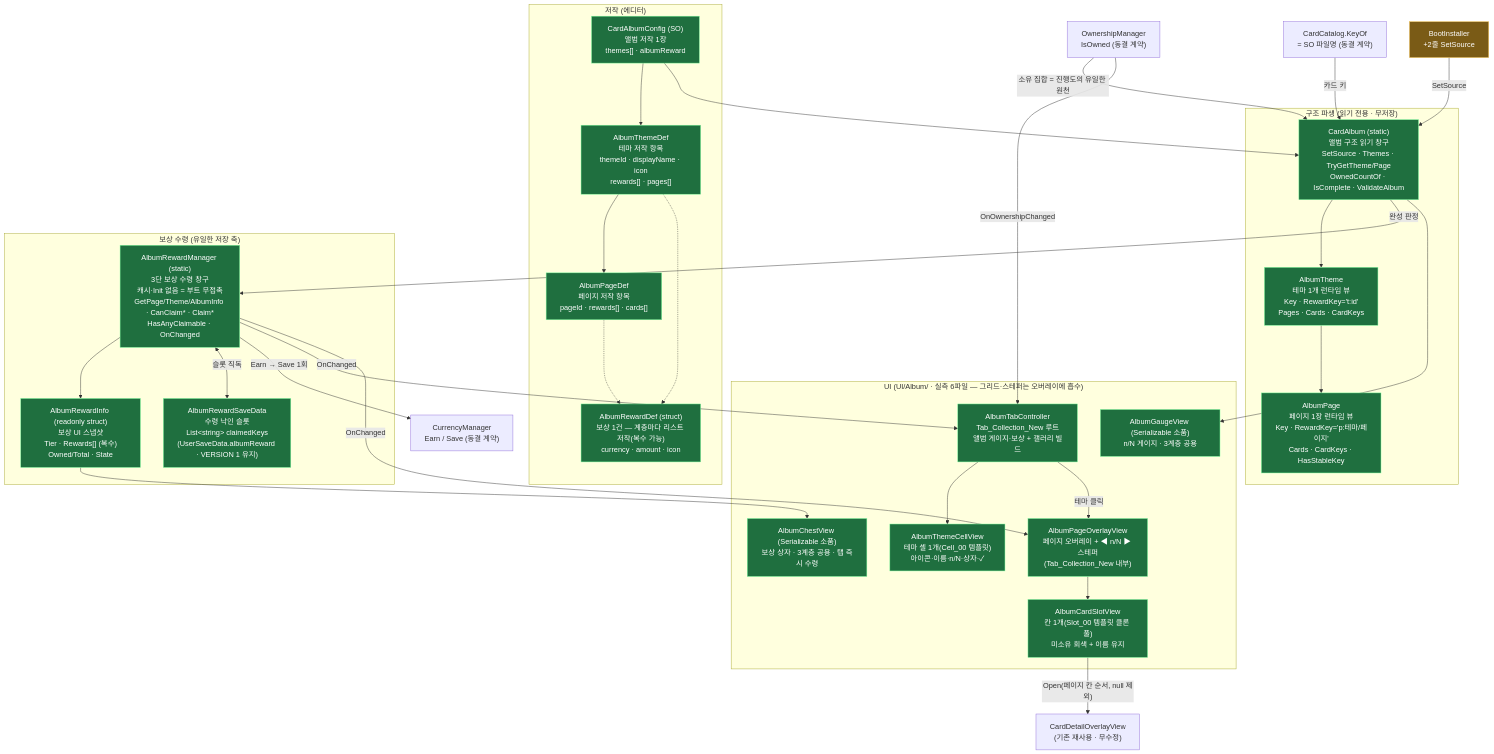
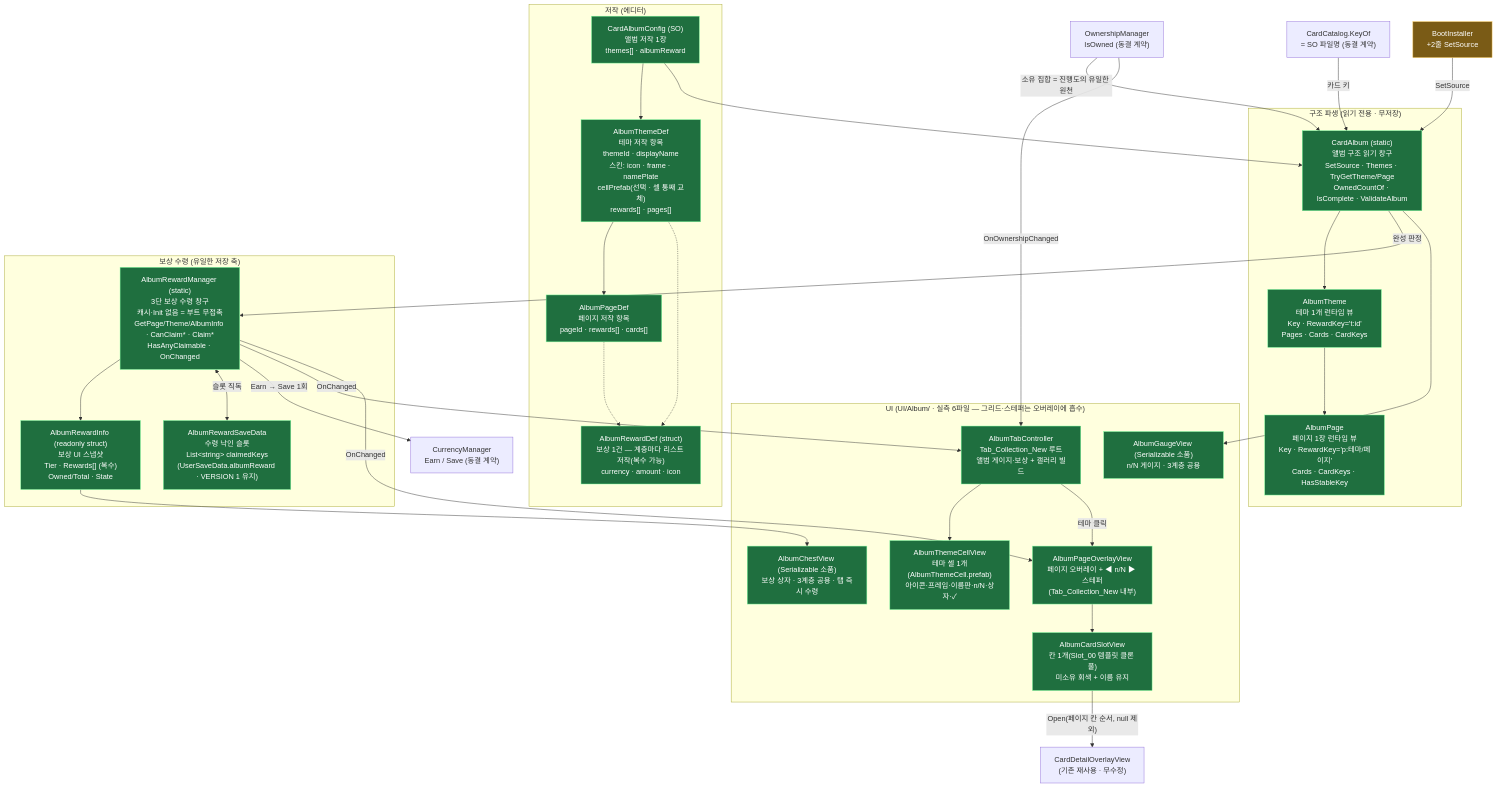
One commit to hspark-maker/TeamfightTCG_Migriation changed diagram 19 of 19 in docs/OutGamePlan/STRUCTURE.md. Above: the diagram before and after it, drawn with Mermaid. The commit also changed other lines of this file and 18 other files, not shown here.

````diff
--- a/docs/OutGamePlan/STRUCTURE.md
+++ b/docs/OutGamePlan/STRUCTURE.md
@@ -930,57 +957,57 @@
 ```mermaid
 flowchart TD
     subgraph AUTH["저작 (에디터)"]
         CFG["CardAlbumConfig (SO)<br/>앨범 저작 1장<br/>themes[] · albumReward"]:::new
-        TDEF["AlbumThemeDef<br/>테마 저작 항목<br/>themeId · displayName · icon<br/>rewards[] · pages[]"]:::new
+        TDEF["AlbumThemeDef<br/>테마 저작 항목<br/>themeId · displayName<br/>스킨: icon · frame · namePlate<br/>cellPrefab(선택 · 셀 통째 교체)<br/>rewards[] · pages[]"]:::new
         PDEF["AlbumPageDef<br/>페이지 저작 항목<br/>pageId · rewards[] · cards[]"]:::new
         RDEF["AlbumRewardDef (struct)<br/>보상 1건 — 계층마다 리스트 저작(복수 가능)<br/>currency · amount · icon"]:::new
     end
     subgraph DERIVE["구조 파생 (읽기 전용 · 무저장)"]
         BOOK["CardAlbum (static)<br/>앨범 구조 읽기 창구<br/>SetSource · Themes · TryGetTheme/Page<br/>OwnedCountOf · IsComplete · ValidateAlbum"]:::new
         THEME["AlbumTheme<br/>테마 1개 런타임 뷰<br/>Key · RewardKey='t:id'<br/>Pages · Cards · CardKeys"]:::new
         PAGE["AlbumPage<br/>페이지 1장 런타임 뷰<br/>Key · RewardKey='p:테마/페이지'<br/>Cards · CardKeys · HasStableKey"]:::new
     end
     subgraph CLAIM["보상 수령 (유일한 저장 축)"]
         RMGR["AlbumRewardManager (static)<br/>3단 보상 수령 창구<br/>캐시·Init 없음 = 부트 무접촉<br/>GetPage/Theme/AlbumInfo · CanClaim* · Claim*<br/>HasAnyClaimable · OnChanged"]:::new
         RINFO["AlbumRewardInfo (readonly struct)<br/>보상 UI 스냅샷<br/>Tier · Rewards[] (복수)<br/>Owned/Total · State"]:::new
         SAVE["AlbumRewardSaveData<br/>수령 낙인 슬롯<br/>List&lt;string&gt; claimedKeys<br/>(UserSaveData.albumReward · VERSION 1 유지)"]:::new
     end
     subgraph UI["UI (UI/Album/ · 실측 6파일 — 그리드·스테퍼는 오버레이에 흡수)"]
         TAB["AlbumTabController<br/>Tab_Collection_New 루트<br/>앨범 게이지·보상 + 갤러리 빌드"]:::new
-        TBTN["AlbumThemeCellView<br/>테마 셀 1개(Cell_00 템플릿)<br/>아이콘·이름·n/N·상자·✓"]:::new
+        TBTN["AlbumThemeCellView<br/>테마 셀 1개(AlbumThemeCell.prefab)<br/>아이콘·프레임·이름판·n/N·상자·✓"]:::new
         PANEL["AlbumPageOverlayView<br/>페이지 오버레이 + ◀ n/N ▶ 스테퍼<br/>(Tab_Collection_New 내부)"]:::new
         SLOT["AlbumCardSlotView<br/>칸 1개(Slot_00 템플릿 클론 풀)<br/>미소유 회색 + 이름 유지"]:::new
         BOX["AlbumChestView (Serializable 소품)<br/>보상 상자 · 3계층 공용 · 탭 즉시 수령"]:::new
         PROG["AlbumGaugeView (Serializable 소품)<br/>n/N 게이지 · 3계층 공용"]:::new
     end
     OWN["OwnershipManager<br/>IsOwned (동결 계약)"]
     CAT["CardCatalog.KeyOf<br/>= SO 파일명 (동결 계약)"]
     CUR["CurrencyManager<br/>Earn / Save (동결 계약)"]
     BOOTI["BootInstaller<br/>+2줄 SetSource"]:::chg
     DET["CardDetailOverlayView<br/>(기존 재사용 · 무수정)"]
 
     CFG --> TDEF --> PDEF
     TDEF -.-> RDEF
     PDEF -.-> RDEF
     BOOTI -->|SetSource| BOOK
     CFG --> BOOK
     BOOK --> THEME --> PAGE
     CAT -->|카드 키| BOOK
     OWN -->|"소유 집합 = 진행도의 유일한 원천"| BOOK
     BOOK -->|완성 판정| RMGR
     RMGR --> RINFO
     RMGR <-->|"슬롯 직독"| SAVE
     RMGR -->|Earn → Save 1회| CUR
     TAB --> TBTN
     TAB -->|테마 클릭| PANEL
     PANEL --> SLOT
     RINFO --> BOX
     BOOK --> PROG
     RMGR -->|OnChanged| TAB
     RMGR -->|OnChanged| PANEL
     OWN -->|OnOwnershipChanged| TAB
     SLOT -->|"Open(페이지 칸 순서, null 제외)"| DET
 
     classDef new fill:#1f6f3f,stroke:#7CFC9E,color:#fff;
     classDef chg fill:#7a5b16,stroke:#f2c14e,color:#fff;
 ```
````
